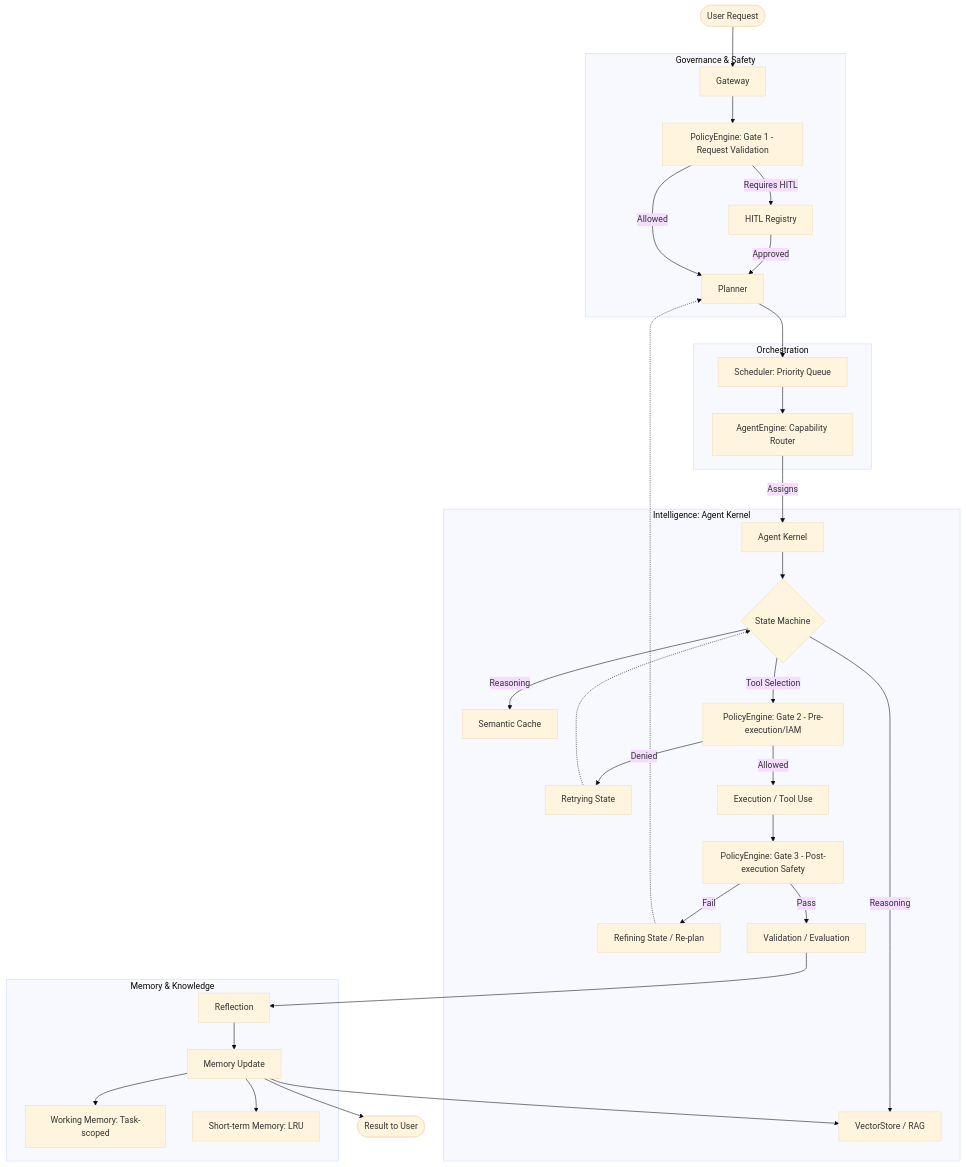
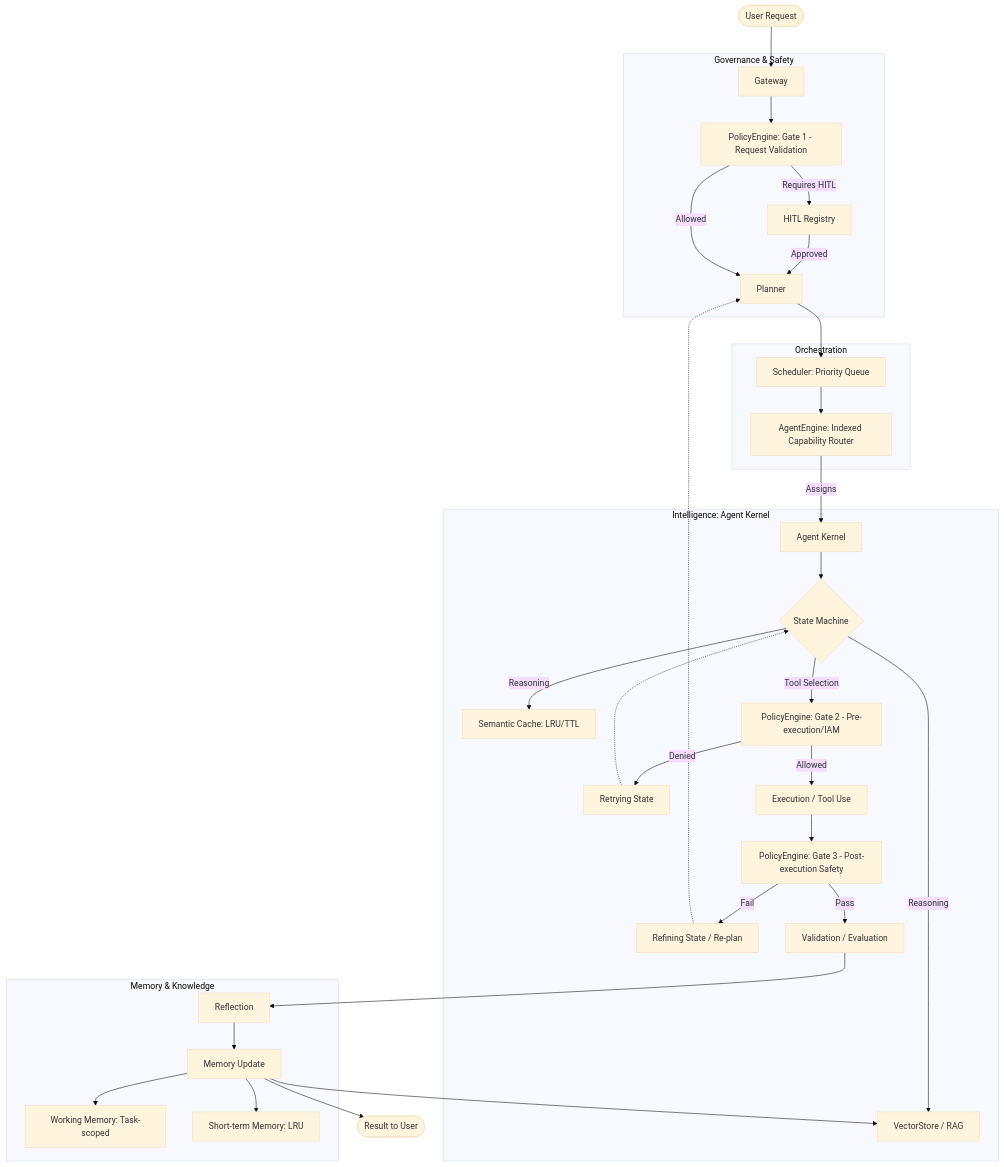
Before and after one commit to Loofy147/Business-Operating-System: the diagram in docs/EDUCATIONAL_WALKTHROUGH.md, drawn with Mermaid (base theme). The commit also changed other lines of this file and 4 other files, not shown here.

First line of the commit message:
feat: implement cache optimizations and indexed capability routing

````diff
--- a/docs/EDUCATIONAL_WALKTHROUGH.md
+++ b/docs/EDUCATIONAL_WALKTHROUGH.md
@@ -11,46 +11,46 @@
 ```mermaid
 graph TD
     User([User Request]) --> Gateway[Gateway]
 
     subgraph Governance_Layer [Governance & Safety]
         Gateway --> PE1[PolicyEngine: Gate 1 - Request Validation]
         PE1 -- Requires HITL --> HITL[HITL Registry]
         HITL -- Approved --> Planner
     end
 
     subgraph Orchestration_Layer [Orchestration]
         PE1 -- Allowed --> Planner[Planner]
         Planner --> Sched[Scheduler: Priority Queue]
-        Sched --> AE[AgentEngine: Capability Router]
+        Sched --> AE[AgentEngine: Indexed Capability Router]
     end
 
     subgraph Intelligence_Layer [Intelligence: Agent Kernel]
         AE -- Assigns --> Kernel[Agent Kernel]
         Kernel --> SM{State Machine}
 
-        SM -- Reasoning --> Cache[Semantic Cache]
+        SM -- Reasoning --> Cache[Semantic Cache: LRU/TTL]
         SM -- Reasoning --> LTM[VectorStore / RAG]
 
         SM -- Tool Selection --> PE2[PolicyEngine: Gate 2 - Pre-execution/IAM]
         PE2 -- Denied --> Retry[Retrying State]
         PE2 -- Allowed --> Exec[Execution / Tool Use]
 
         Exec --> PE3[PolicyEngine: Gate 3 - Post-execution Safety]
         PE3 -- Fail --> Refine[Refining State / Re-plan]
         PE3 -- Pass --> Valid[Validation / Evaluation]
     end
 
     subgraph Memory_Layer [Memory & Knowledge]
         Valid --> Reflect[Reflection]
         Reflect --> MemUpdate[Memory Update]
         MemUpdate --> WM[Working Memory: Task-scoped]
         MemUpdate --> STM[Short-term Memory: LRU]
         MemUpdate --> LTM
     end
 
     MemUpdate --> Finished([Result to User])
 
     %% Feedback Loops
     Retry -.-> SM
     Refine -.-> Planner
 ```
````
